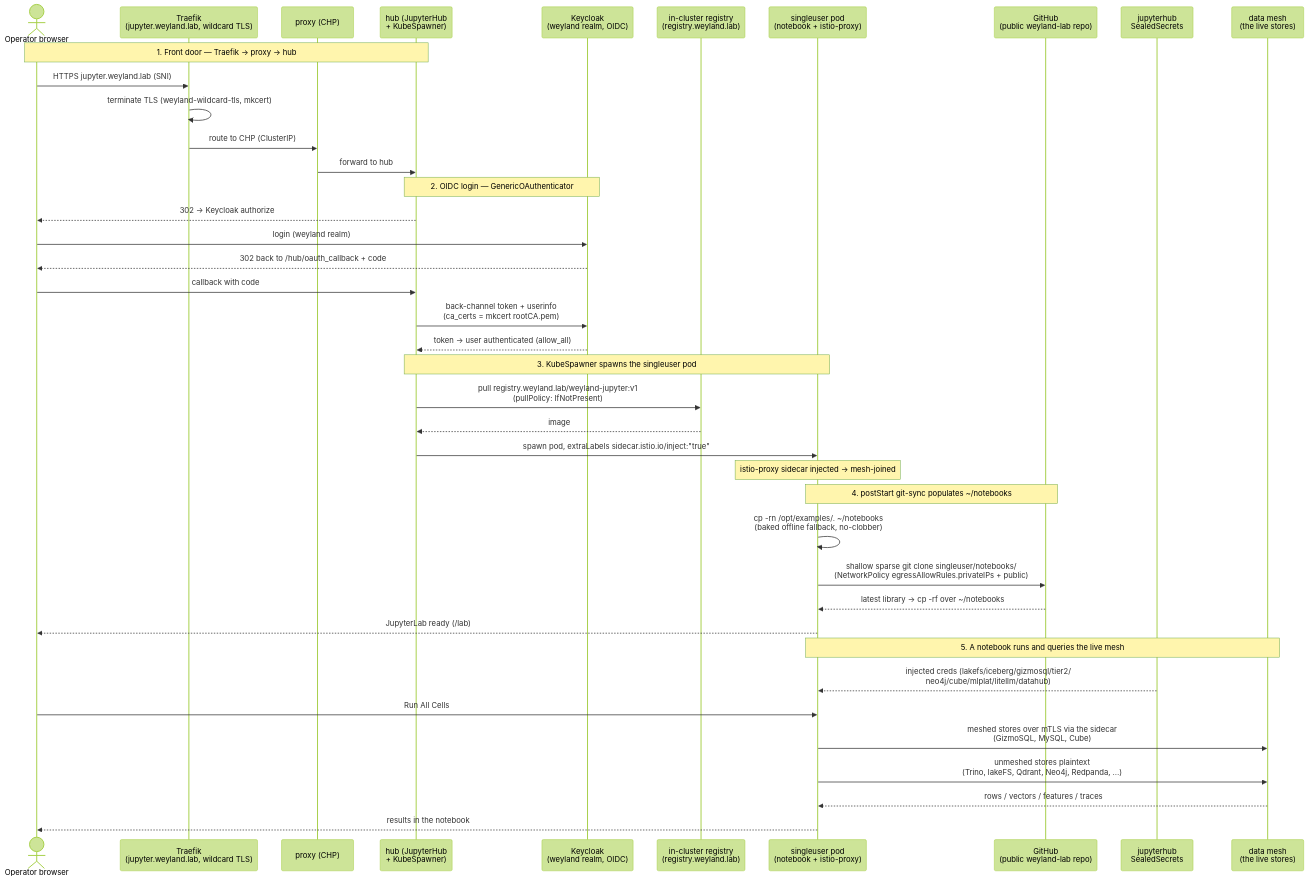
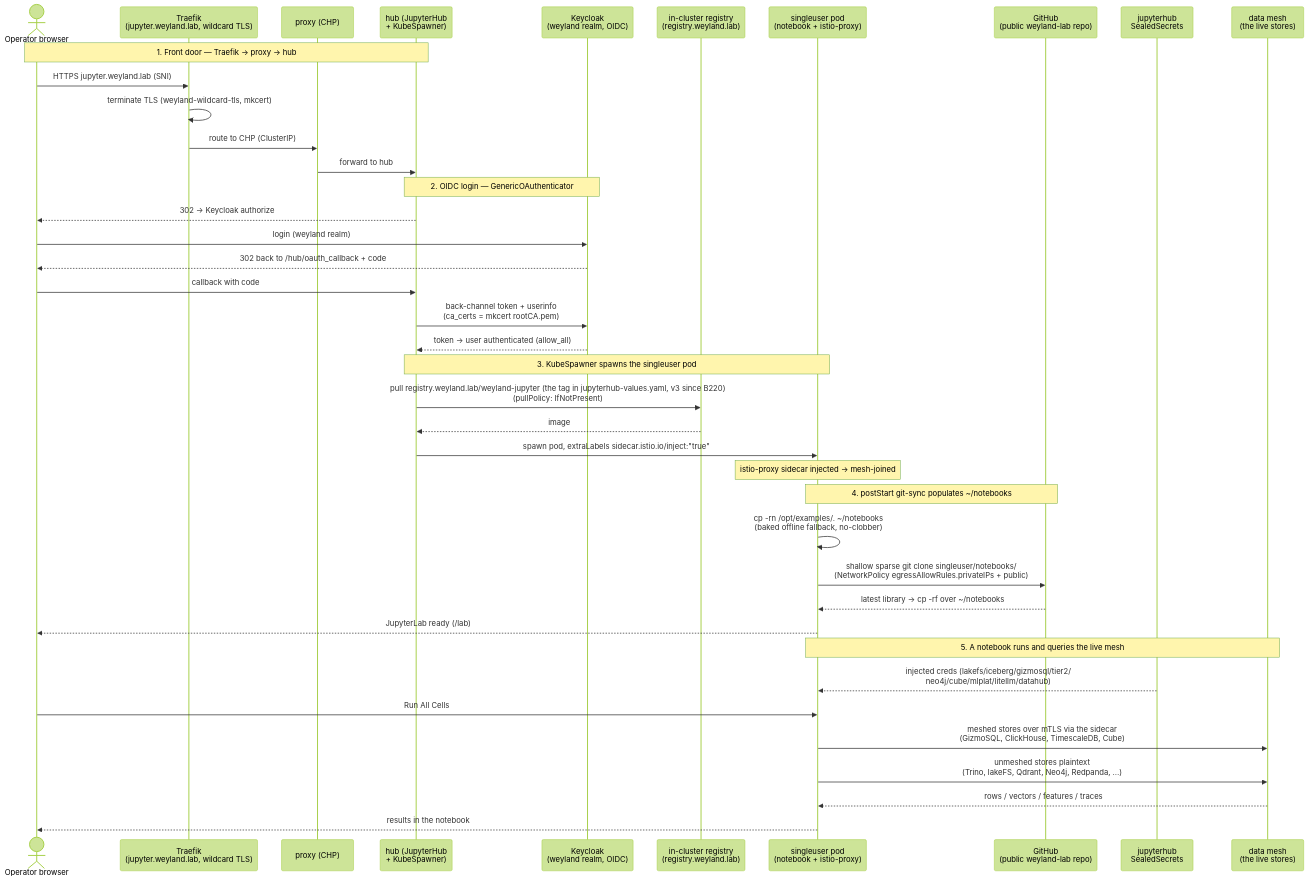
Before and after one commit to edtbl76/weyland-lab: the diagram in docs/diagrams/flow-jupyter-notebook-library.md, drawn with Mermaid (forest theme). The commit also changed other lines of this file and 30 other files, not shown here.

````diff
--- a/docs/diagrams/flow-jupyter-notebook-library.md
+++ b/docs/diagrams/flow-jupyter-notebook-library.md
@@ -11,47 +11,47 @@
 ```mermaid
 sequenceDiagram
     actor Op as Operator browser
     participant Tr as Traefik<br/>(jupyter.weyland.lab, wildcard TLS)
     participant Proxy as proxy (CHP)
     participant Hub as hub (JupyterHub<br/>+ KubeSpawner)
     participant KC as Keycloak<br/>(weyland realm, OIDC)
     participant Reg as in-cluster registry<br/>(registry.weyland.lab)
     participant Pod as singleuser pod<br/>(notebook + istio-proxy)
     participant GH as GitHub<br/>(public weyland-lab repo)
     participant SS as jupyterhub<br/>SealedSecrets
     participant Mesh as data mesh<br/>(the live stores)
 
     Note over Op,Hub: 1. Front door — Traefik → proxy → hub
     Op->>Tr: HTTPS jupyter.weyland.lab (SNI)
     Tr->>Tr: terminate TLS (weyland-wildcard-tls, mkcert)
     Tr->>Proxy: route to CHP (ClusterIP)
     Proxy->>Hub: forward to hub
 
     Note over Hub,KC: 2. OIDC login — GenericOAuthenticator
     Hub-->>Op: 302 → Keycloak authorize
     Op->>KC: login (weyland realm)
     KC-->>Op: 302 back to /hub/oauth_callback + code
     Op->>Hub: callback with code
     Hub->>KC: back-channel token + userinfo<br/>(ca_certs = mkcert rootCA.pem)
     KC-->>Hub: token → user authenticated (allow_all)
 
     Note over Hub,Pod: 3. KubeSpawner spawns the singleuser pod
-    Hub->>Reg: pull registry.weyland.lab/weyland-jupyter:v1<br/>(pullPolicy: IfNotPresent)
+    Hub->>Reg: pull registry.weyland.lab/weyland-jupyter (the tag in jupyterhub-values.yaml, v3 since B220)<br/>(pullPolicy: IfNotPresent)
     Reg-->>Hub: image
     Hub->>Pod: spawn pod, extraLabels sidecar.istio.io/inject:"true"
     Note over Pod: istio-proxy sidecar injected → mesh-joined
 
     Note over Pod,GH: 4. postStart git-sync populates ~/notebooks
     Pod->>Pod: cp -rn /opt/examples/. ~/notebooks<br/>(baked offline fallback, no-clobber)
     Pod->>GH: shallow sparse git clone singleuser/notebooks/<br/>(NetworkPolicy egressAllowRules.privateIPs + public)
     GH-->>Pod: latest library → cp -rf over ~/notebooks
     Pod-->>Op: JupyterLab ready (/lab)
 
     Note over Pod,Mesh: 5. A notebook runs and queries the live mesh
     SS-->>Pod: injected creds (lakefs/iceberg/gizmosql/tier2/<br/>neo4j/cube/mlplat/litellm/datahub)
     Op->>Pod: Run All Cells
-    Pod->>Mesh: meshed stores over mTLS via the sidecar<br/>(GizmoSQL, MySQL, Cube)
+    Pod->>Mesh: meshed stores over mTLS via the sidecar<br/>(GizmoSQL, ClickHouse, TimescaleDB, Cube)
     Pod->>Mesh: unmeshed stores plaintext<br/>(Trino, lakeFS, Qdrant, Neo4j, Redpanda, ...)
     Mesh-->>Pod: rows / vectors / features / traces
     Pod-->>Op: results in the notebook
 ```
````
